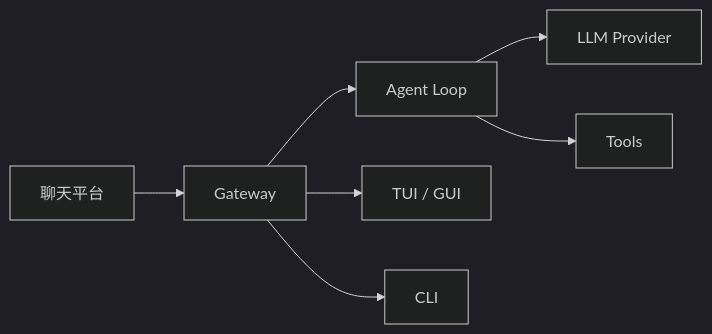
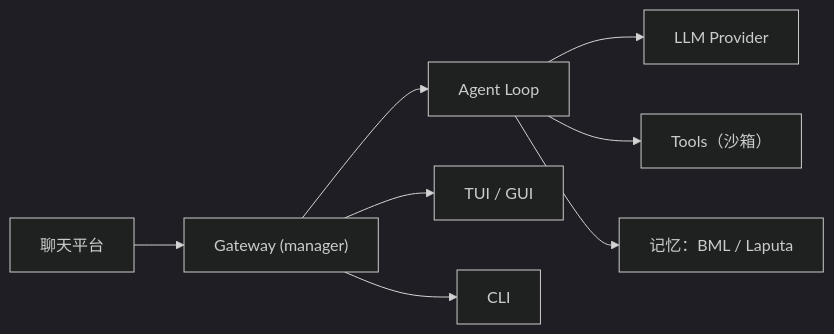
The diagram in README.zh-CN.md (ProjectViVy/agent-diva), drawn with Mermaid (dark theme) before and after one commit. The commit also changed other lines of this file and 5 other files, not shown here.

````diff
--- a/README.zh-CN.md
+++ b/README.zh-CN.md
@@ -54,9 +41,10 @@
 ```mermaid
 flowchart LR
-  A["聊天平台"] --> B["Gateway"]
+  A["聊天平台"] --> B["Gateway (manager)"]
   B --> C["Agent Loop"]
   C --> D["LLM Provider"]
-  C --> E["Tools"]
+  C --> E["Tools（沙箱）"]
+  C --> M["记忆：BML / Laputa"]
   B --> F["TUI / GUI"]
   B --> G["CLI"]
 ```
````
